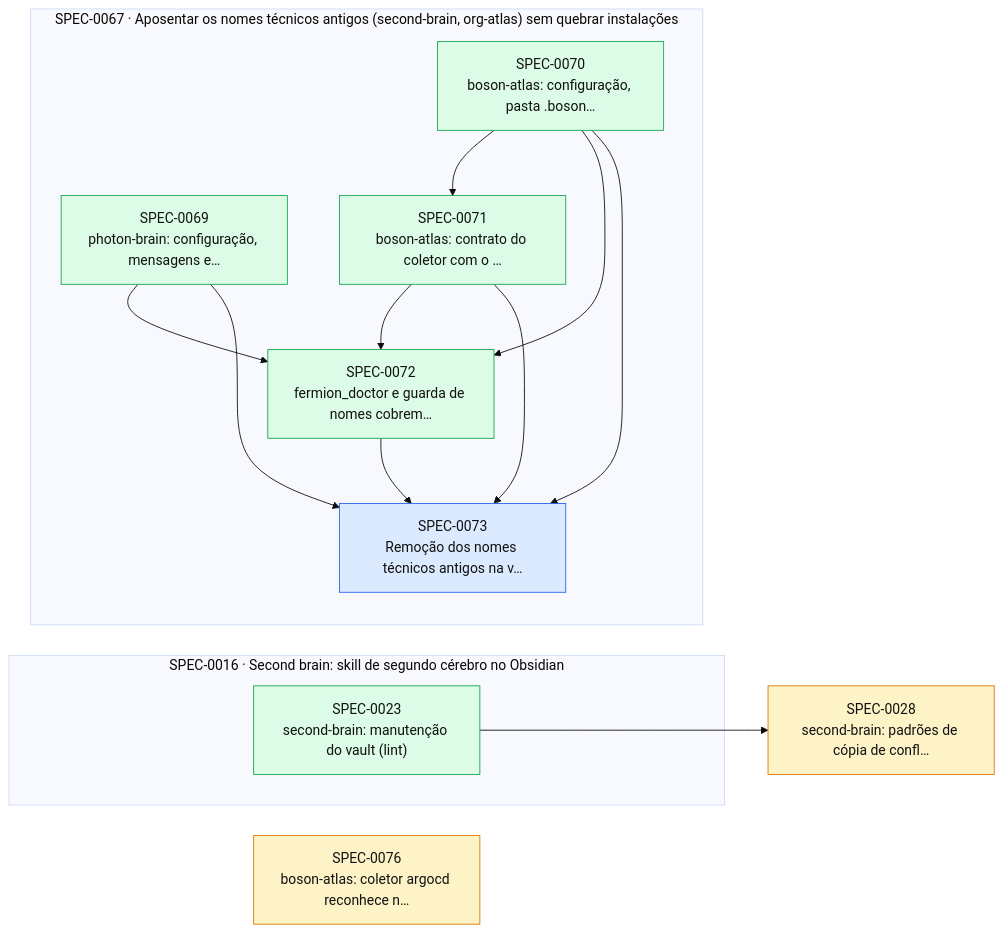
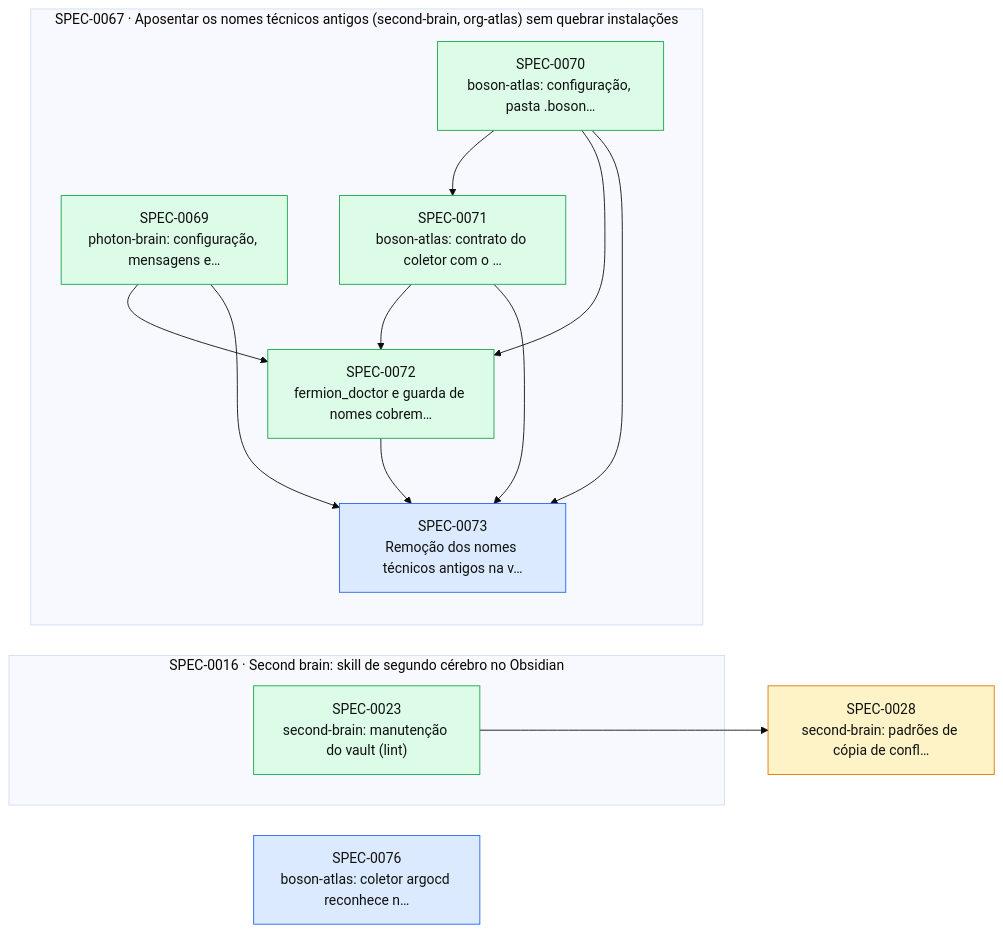
Before and after one commit to thomasravache/ai-dev-brain: the diagram in docs/specs/INDEX.md, drawn with Mermaid (base theme). The commit also changed other lines of this file and 1 other file, not shown here.

First line of the commit message:
docs(specs): aprova a SPEC-0076 e planeja a implementação

````diff
--- a/docs/specs/INDEX.md
+++ b/docs/specs/INDEX.md
@@ -61,29 +61,29 @@
 ```mermaid
 flowchart LR
   S0028["SPEC-0028<br/>second-brain: padrões de cópia de confl…"]:::proposed
-  S0076["SPEC-0076<br/>boson-atlas: coletor argocd reconhece n…"]:::proposed
+  S0076["SPEC-0076<br/>boson-atlas: coletor argocd reconhece n…"]:::approved
   subgraph E0016["SPEC-0016 · Second brain: skill de segundo cérebro no Obsidian"]
     S0023["SPEC-0023<br/>second-brain: manutenção do vault (lint)"]:::implemented
   end
   subgraph E0067["SPEC-0067 · Aposentar os nomes técnicos antigos (second-brain, org-atlas) sem quebrar instalações"]
     S0069["SPEC-0069<br/>photon-brain: configuração, mensagens e…"]:::implemented
     S0070["SPEC-0070<br/>boson-atlas: configuração, pasta .boson…"]:::implemented
     S0071["SPEC-0071<br/>boson-atlas: contrato do coletor com o …"]:::implemented
     S0072["SPEC-0072<br/>fermion_doctor e guarda de nomes cobrem…"]:::implemented
     S0073["SPEC-0073<br/>Remoção dos nomes técnicos antigos na v…"]:::approved
   end
   S0023 --> S0028
   S0070 --> S0071
   S0069 --> S0072
   S0070 --> S0072
   S0071 --> S0072
   S0069 --> S0073
   S0070 --> S0073
   S0071 --> S0073
   S0072 --> S0073
   classDef proposed fill:#fef3c7,stroke:#d97706,color:#111
   classDef approved fill:#dbeafe,stroke:#2563eb,color:#111
   classDef inprogress fill:#ede9fe,stroke:#7c3aed,color:#111
   classDef implemented fill:#dcfce7,stroke:#16a34a,color:#111
   classDef deprecated fill:#f3f4f6,stroke:#9ca3af,color:#6b7280
 ```
````
